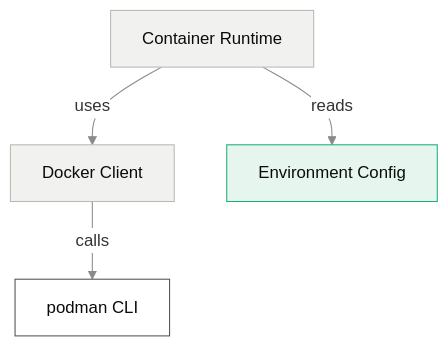
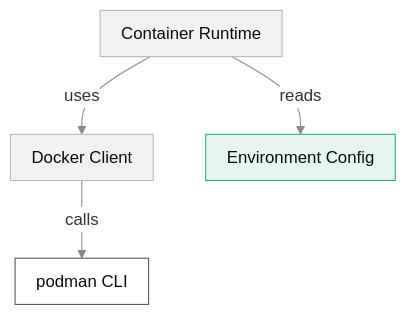
Before and after one commit to SDS-Mode/code-to-docs-skill: the first of 4 diagrams in skills/code-to-docs-references/obsidian-templates.md, drawn with Mermaid. The commit also changed other lines of this file and 1 other file, not shown here.

First line of the commit message:
fix(diagrams): prevent endpoint-node text clipping

````diff
--- a/skills/code-to-docs-references/obsidian-templates.md
+++ b/skills/code-to-docs-references/obsidian-templates.md
@@ -308,10 +309,10 @@
 ```mermaid
-%%{init: {'theme':'base','themeVariables':{'lineColor':'#8a8a8a','edgeLabelBackground':'#ffffff'}}}%%
+%%{init: {'theme':'base','flowchart':{'padding':10},'themeVariables':{'lineColor':'#8a8a8a','edgeLabelBackground':'#ffffff'}}}%%
 graph TD
     RT["Container Runtime"]:::plain -->|uses| DC["Docker Client"]:::plain
     RT -->|reads| ENV["Environment Config"]:::state
     DC -->|calls| CLI["podman CLI"]:::io
     classDef plain fill:#f1f1ef,stroke:#b9b9b3,color:#0b0b0b
     classDef state fill:#e6f6ef,stroke:#1baf7a,color:#0b0b0b
     classDef io fill:#ffffff,stroke:#52514e,color:#0b0b0b
 ```
````
